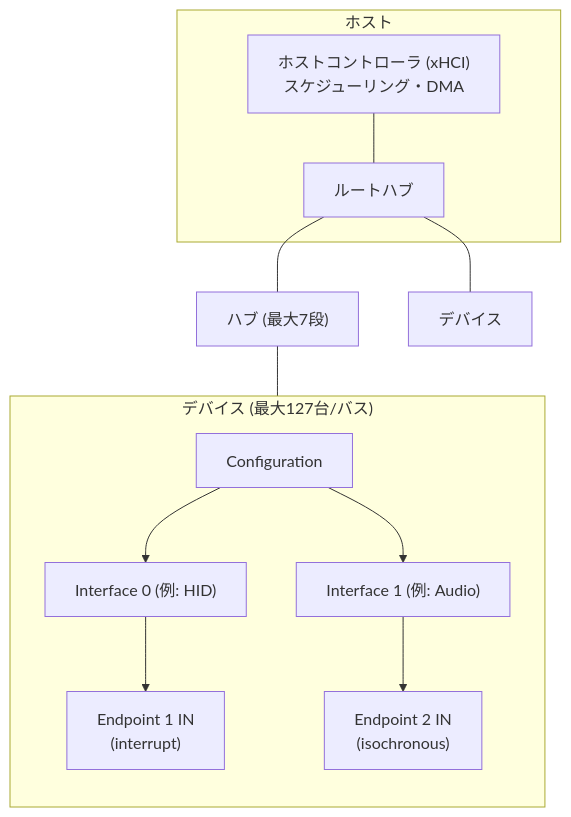
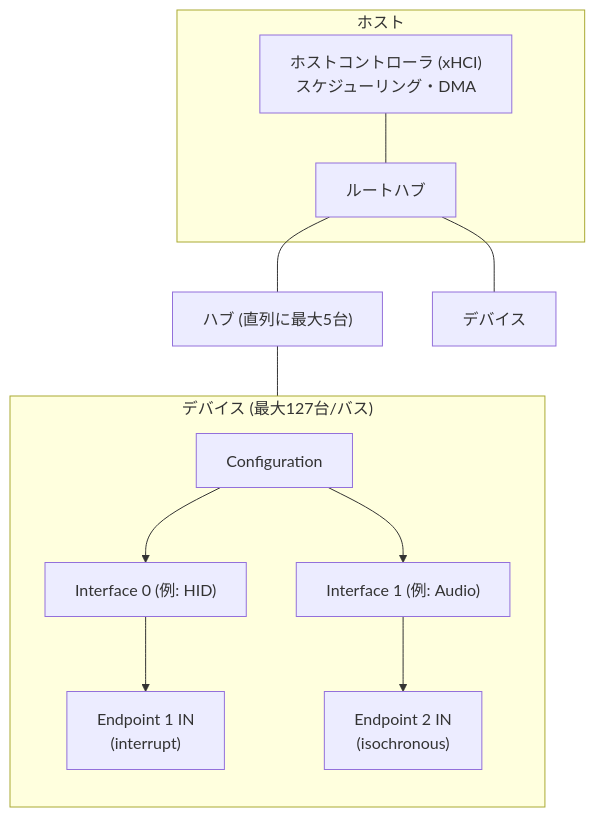
The diagram in hardware/peripherals/usb-architecture.md (takukobachi/daedalus), drawn with Mermaid before and after one commit. The commit also changed other lines of this file and 2 other files, not shown here.

````diff
--- a/hardware/peripherals/usb-architecture.md
+++ b/hardware/peripherals/usb-architecture.md
@@ -28,22 +28,22 @@
 ```mermaid
 flowchart TB
     subgraph Host["ホスト"]
         XHCI["ホストコントローラ (xHCI)<br/>スケジューリング・DMA"]
         RH["ルートハブ"]
     end
-    HUB["ハブ (最大7段)"]
+    HUB["ハブ (直列に最大5台)"]
     subgraph Dev["デバイス (最大127台/バス)"]
         direction TB
         CFG["Configuration"]
         IF0["Interface 0 (例: HID)"]
         IF1["Interface 1 (例: Audio)"]
         EP1["Endpoint 1 IN<br/>(interrupt)"]
         EP2["Endpoint 2 IN<br/>(isochronous)"]
         CFG --> IF0 --> EP1
         CFG --> IF1 --> EP2
     end
     XHCI --- RH
     RH --- HUB
     HUB --- Dev
     RH --- Dev2["デバイス"]
 ```
````
